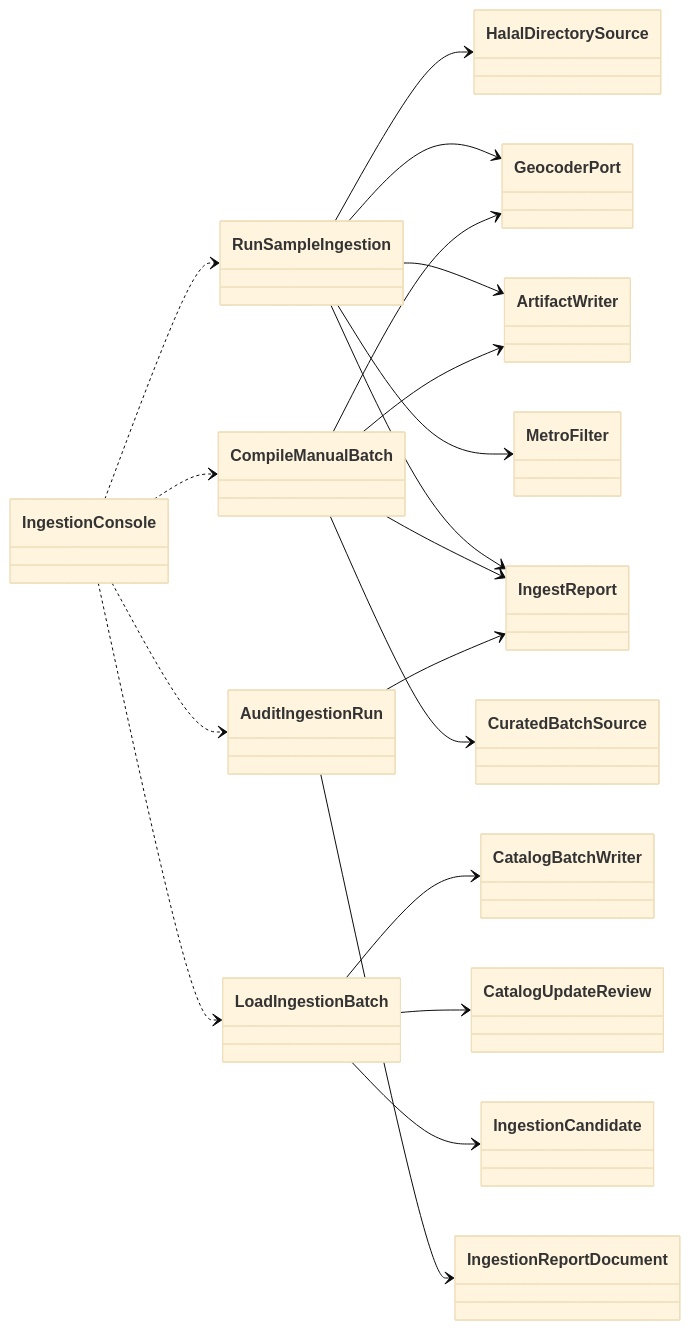
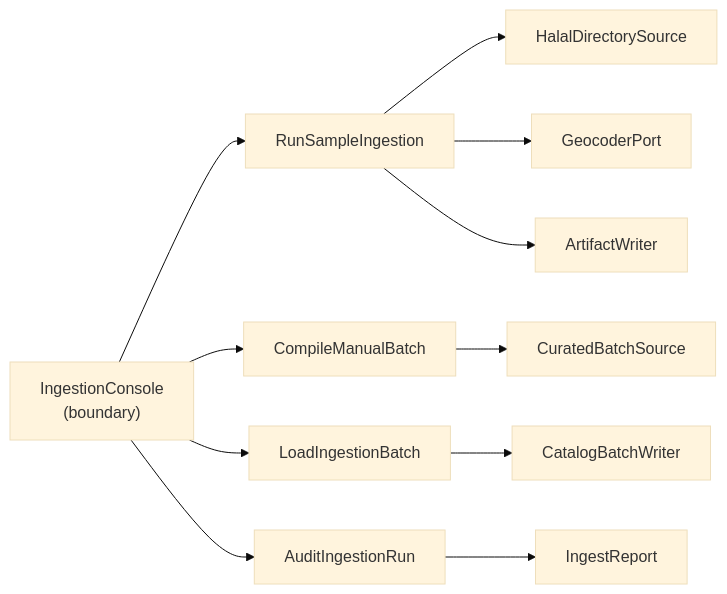
Before and after one commit to Losers-Lab/tahirs-list: the first of 3 diagrams in docs/features/SC-211/05-class-diagram-system.md, drawn with Mermaid (base theme). The commit also changed other lines of this file and 14 other files, not shown here.

Commit message:
[SC-211] Retrofit design to diagram-first format

````diff
--- a/docs/features/SC-211/05-class-diagram-system.md
+++ b/docs/features/SC-211/05-class-diagram-system.md
@@ -8,26 +7,13 @@
 ```mermaid
-classDiagram
-  direction LR
-  IngestionConsole ..> RunSampleIngestion
-  IngestionConsole ..> CompileManualBatch
-  IngestionConsole ..> LoadIngestionBatch
-  IngestionConsole ..> AuditIngestionRun
-
-  RunSampleIngestion --> HalalDirectorySource
-  RunSampleIngestion --> GeocoderPort
-  RunSampleIngestion --> ArtifactWriter
-  RunSampleIngestion --> MetroFilter
-  RunSampleIngestion --> IngestReport
-
-  CompileManualBatch --> CuratedBatchSource
-  CompileManualBatch --> GeocoderPort
-  CompileManualBatch --> ArtifactWriter
-  CompileManualBatch --> IngestReport
-
-  LoadIngestionBatch --> CatalogBatchWriter
-  LoadIngestionBatch --> CatalogUpdateReview
-  LoadIngestionBatch --> IngestionCandidate
-
-  AuditIngestionRun --> IngestReport
-  AuditIngestionRun --> IngestionReportDocument
+flowchart LR
+  B["IngestionConsole<br/>(boundary)"] --> C1[RunSampleIngestion]
+  B --> C2[CompileManualBatch]
+  B --> C3[LoadIngestionBatch]
+  B --> C4[AuditIngestionRun]
+  C1 --> P1[HalalDirectorySource]
+  C1 --> P2[GeocoderPort]
+  C1 --> P3[ArtifactWriter]
+  C2 --> P4[CuratedBatchSource]
+  C3 --> P5[CatalogBatchWriter]
+  C4 --> R[IngestReport]
 ```
````
